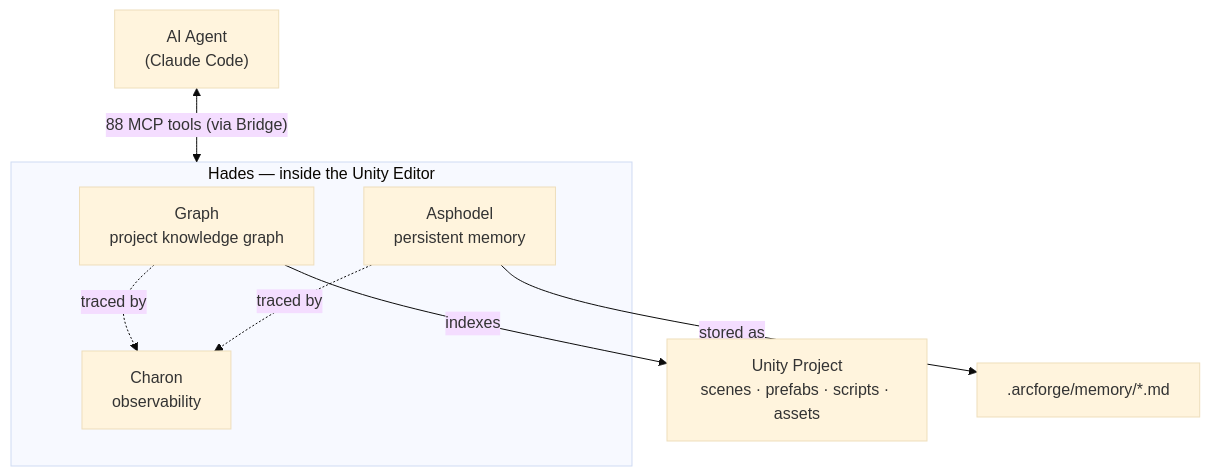
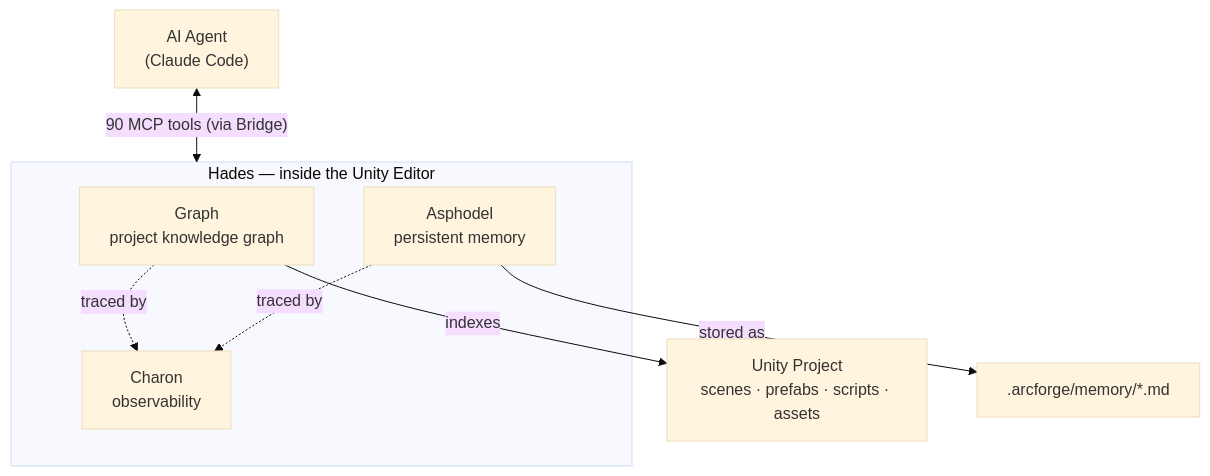
The diagram in README.md (TheArcForge/Hades), drawn with Mermaid (base theme) before and after one commit. The commit also changed other lines of this file and 14 other files, not shown here.

````diff
--- a/README.md
+++ b/README.md
@@ -63,16 +63,16 @@
 ```mermaid
 flowchart TD
     Agent["AI Agent<br/>(Claude Code)"]
-    Agent <-->|"88 MCP tools (via Bridge)"| Hades
+    Agent <-->|"90 MCP tools (via Bridge)"| Hades
 
     subgraph Hades["Hades — inside the Unity Editor"]
         Graph["Graph<br/>project knowledge graph"]
         Asphodel["Asphodel<br/>persistent memory"]
         Charon["Charon<br/>observability"]
     end
 
     Graph -->|"indexes"| Unity["Unity Project<br/>scenes · prefabs · scripts · assets"]
     Asphodel -->|"stored as"| Mem[".arcforge/memory/*.md"]
     Graph -.->|"traced by"| Charon
     Asphodel -.->|"traced by"| Charon
 ```
````
